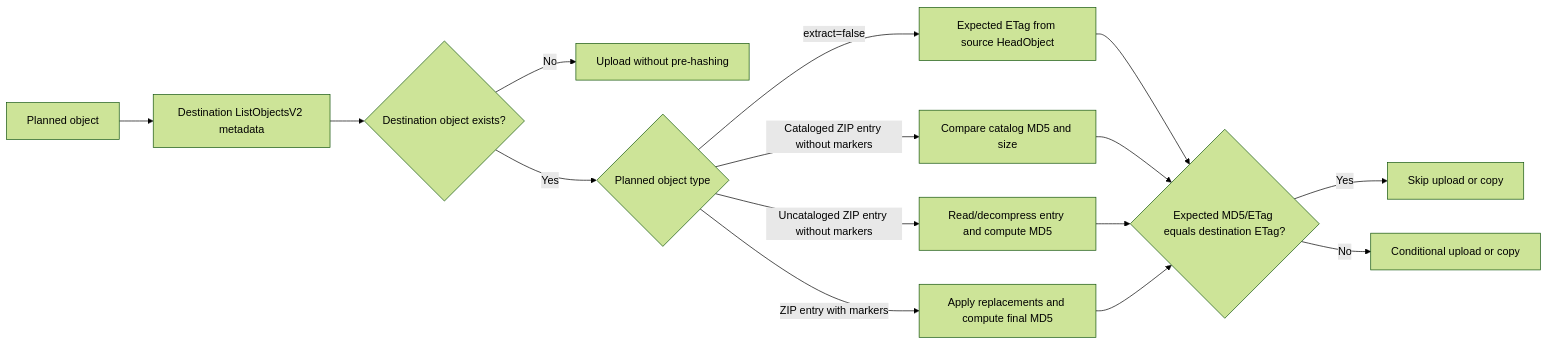
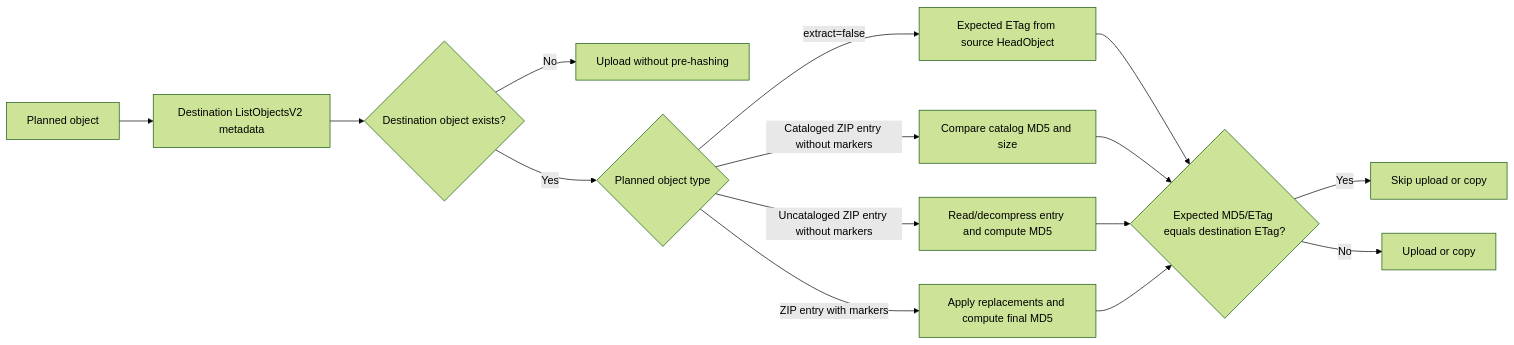
One commit to garysassano/shin-bucket-deployment changed the second of 2 diagrams in docs/architecture.md. Above: the diagram before and after it, drawn with Mermaid (forest theme). The commit also changed other lines of this file and 14 other files, not shown here.

````diff
--- a/docs/architecture.md
+++ b/docs/architecture.md
@@ -121,17 +122,17 @@
 ```mermaid
 flowchart LR
   A["Planned object"] --> B["Destination ListObjectsV2 metadata"]
   B --> C{"Destination object exists?"}
   C -->|No| D["Upload without pre-hashing"]
   C -->|Yes| E{"Planned object type"}
   E -->|"extract=false"| F["Expected ETag from source HeadObject"]
   E -->|"Cataloged ZIP entry without markers"| G["Compare catalog MD5 and size"]
   E -->|"Uncataloged ZIP entry without markers"| L["Read/decompress entry and compute MD5"]
   E -->|"ZIP entry with markers"| H["Apply replacements and compute final MD5"]
   F --> I{"Expected MD5/ETag equals destination ETag?"}
   G --> I
   L --> I
   H --> I
   I -->|Yes| J["Skip upload or copy"]
-  I -->|No| K["Conditional upload or copy"]
+  I -->|No| K["Upload or copy"]
 ```
````
